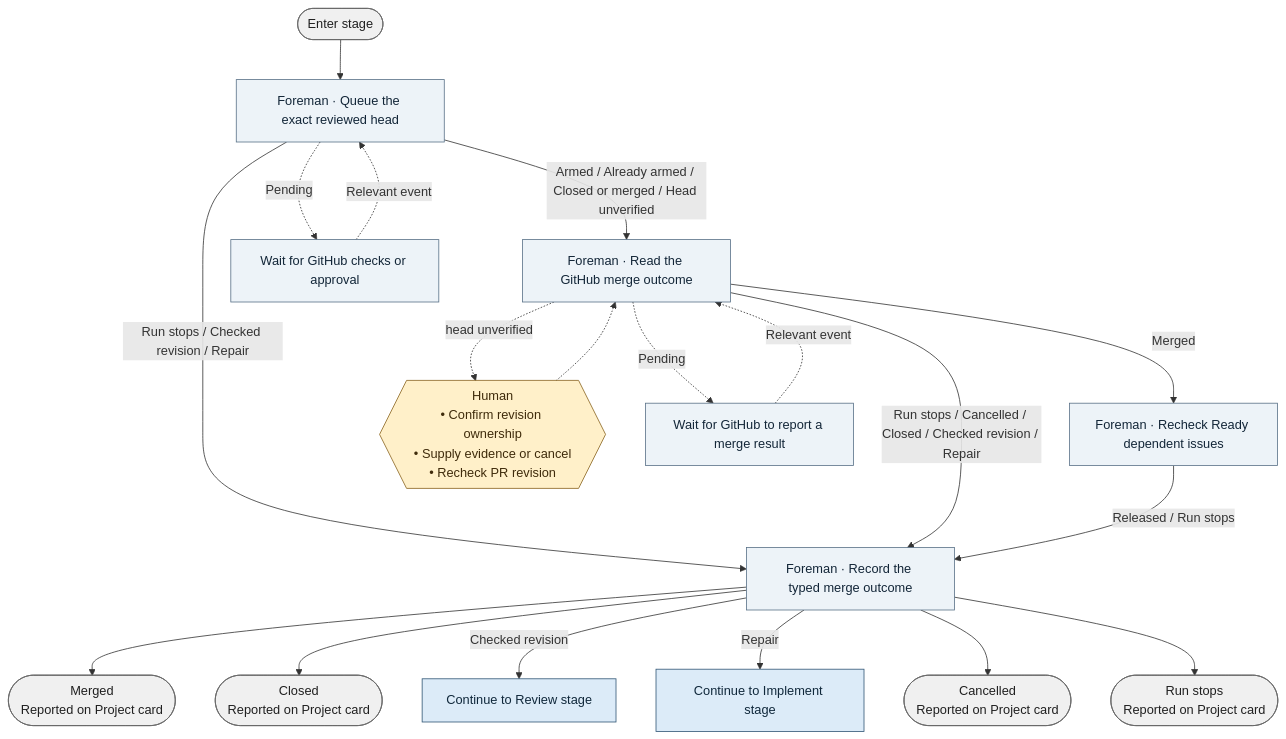
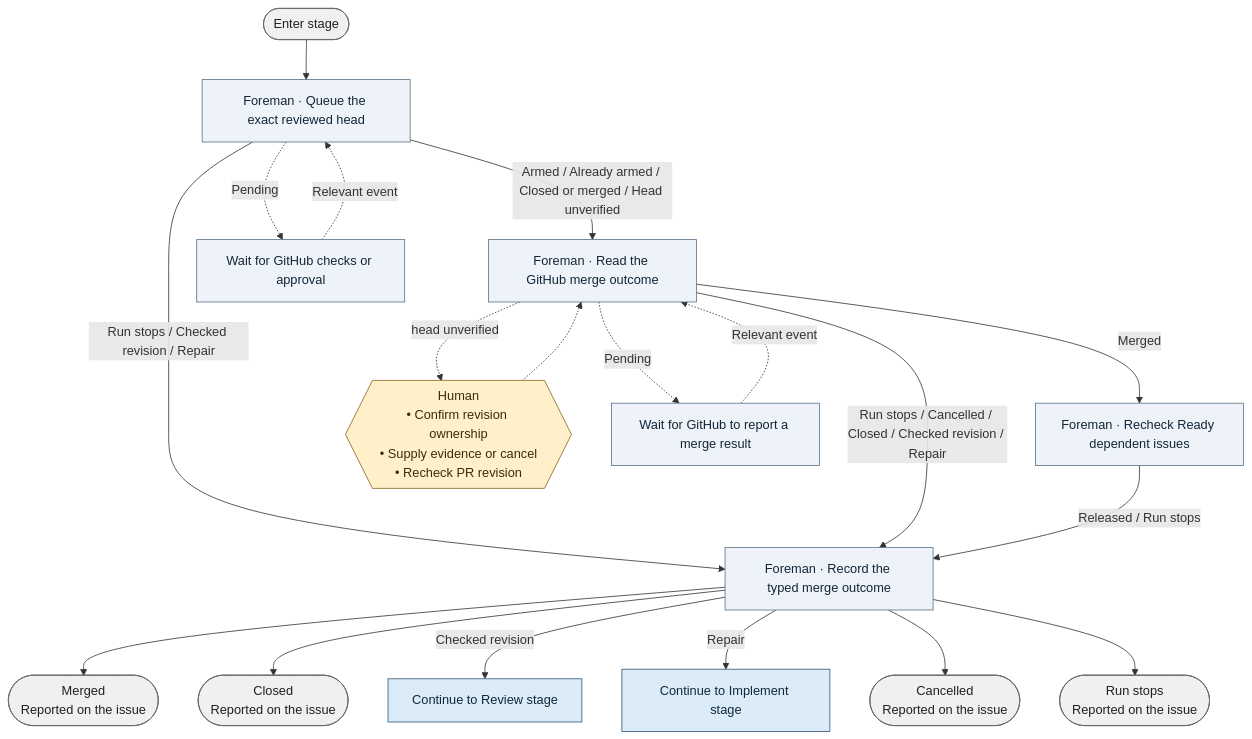
Before and after one commit to bookout-labs/tools: the diagram in docs/graph/blueprint/views/stages/merge.mmd, drawn with Mermaid. The commit also changed 30 other files, not shown here.

```diff
--- a/docs/graph/blueprint/views/stages/merge.mmd
+++ b/docs/graph/blueprint/views/stages/merge.mmd
@@ -1,38 +1,38 @@
 flowchart TD
     n0(["Enter stage"]):::terminal
     n1["Foreman · Queue the exact reviewed head"]:::step
     n2["Foreman · Read the GitHub merge outcome"]:::step
     n3["Foreman · Recheck Ready dependent issues"]:::step
     n4["Foreman · Record the typed merge outcome"]:::step
-    n5(["Merged<br/>Reported on Project card"]):::terminal
-    n6(["Closed<br/>Reported on Project card"]):::terminal
+    n5(["Merged<br/>Reported on the issue"]):::terminal
+    n6(["Closed<br/>Reported on the issue"]):::terminal
     n7["Continue to Review stage"]:::stage
     n8["Continue to Implement stage"]:::stage
-    n9(["Cancelled<br/>Reported on Project card"]):::terminal
-    n10(["Run stops<br/>Reported on Project card"]):::terminal
+    n9(["Cancelled<br/>Reported on the issue"]):::terminal
+    n10(["Run stops<br/>Reported on the issue"]):::terminal
     n11{{"Human<br/>• Confirm revision ownership<br/>• Supply evidence or cancel<br/>• Recheck PR revision"}}:::gate
     n12["Wait for GitHub checks or approval"]:::step
     n13["Wait for GitHub to report a merge result"]:::step
     n0 --> n1
     n1 -->|"Run stops / Checked revision / Repair"| n4
     n1 -->|"Armed / Already armed / Closed or merged / Head unverified"| n2
     n2 -->|"Run stops / Cancelled / Closed / Checked revision / Repair"| n4
     n2 -->|"Merged"| n3
     n3 -->|"Released / Run stops"| n4
     n4 --> n5
     n4 --> n6
     n4 -->|"Checked revision"| n7
     n4 -->|"Repair"| n8
     n4 --> n9
     n4 --> n10
     n2 -.->|"head unverified"| n11
     n11 -.-> n2
     n1 -.->|"Pending"| n12
     n12 -.->|"Relevant event"| n1
     n2 -.->|"Pending"| n13
     n13 -.->|"Relevant event"| n2
     classDef stage fill:#dcebf8,stroke:#315675,color:#10283b
     classDef step fill:#edf3f8,stroke:#597187,color:#132638
     classDef worker fill:#d7f0e8,stroke:#357369,color:#133c36
     classDef gate fill:#fff0c9,stroke:#89641f,color:#3f2b0b
     classDef terminal fill:#f0f0f0,stroke:#666666,color:#202020
```
